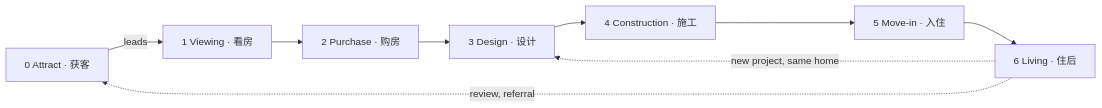
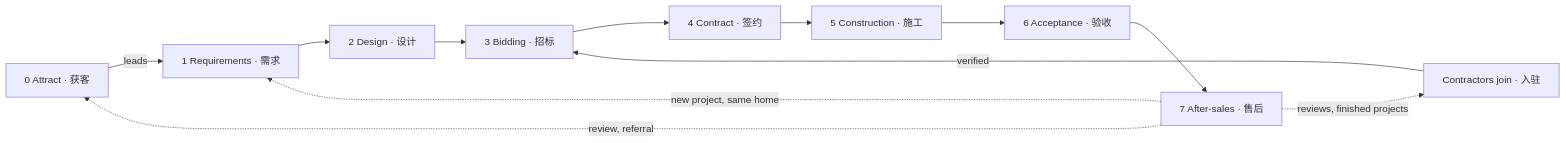
The first of 3 diagrams in WORKFLOW.md (kakssjs/3dfangwu), drawn with Mermaid before and after one commit. The commit also changed other lines of this file and 8 other files, not shown here.

````diff
--- a/WORKFLOW.md
+++ b/WORKFLOW.md
@@ -106,11 +142,14 @@
 ```mermaid
 flowchart LR
-    A["0 Attract · 获客"] -->|leads| V["1 Viewing · 看房"]
-    V --> P["2 Purchase · 购房"]
-    P --> D["3 Design · 设计"]
-    D --> C["4 Construction · 施工"]
-    C --> M["5 Move-in · 入住"]
-    M --> L["6 Living · 住后"]
-    L -.->|review, referral| A
-    L -.->|new project, same home| D
+    A["0 Attract · 获客"] -->|leads| R["1 Requirements · 需求"]
+    R --> D["2 Design · 设计"]
+    D --> B["3 Bidding · 招标"]
+    K["Contractors join · 入驻"] -->|verified| B
+    B --> C["4 Contract · 签约"]
+    C --> W["5 Construction · 施工"]
+    W --> X["6 Acceptance · 验收"]
+    X --> S["7 After-sales · 售后"]
+    S -.->|review, referral| A
+    S -.->|reviews, finished projects| K
+    S -.->|new project, same home| R
 ```
````
